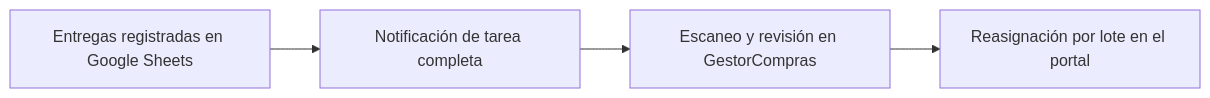
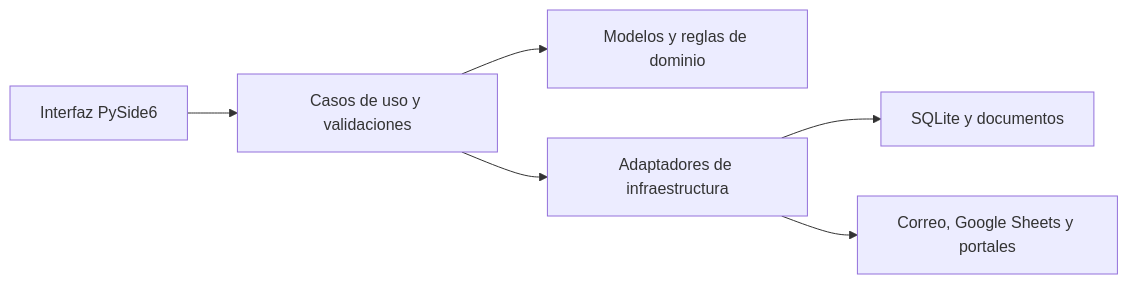
The diagram in README.md (eslay07/GestorCompras), drawn with Mermaid before and after one commit. The commit also changed other lines of this file and 3 other files, not shown here.

````diff
--- a/README.md
+++ b/README.md
@@ -149,6 +58,8 @@
 ```mermaid
 flowchart LR
-    A[Entregas registradas en Google Sheets] --> B[Notificación de tarea completa]
-    B --> C[Escaneo y revisión en GestorCompras]
-    C --> D[Reasignación por lote en el portal]
+    UI[Interfaz PySide6] --> APP[Casos de uso y validaciones]
+    APP --> DOMAIN[Modelos y reglas de dominio]
+    APP --> INFRA[Adaptadores de infraestructura]
+    INFRA --> DATA[SQLite y documentos]
+    INFRA --> EXT[Correo, Google Sheets y portales]
 ```
````
